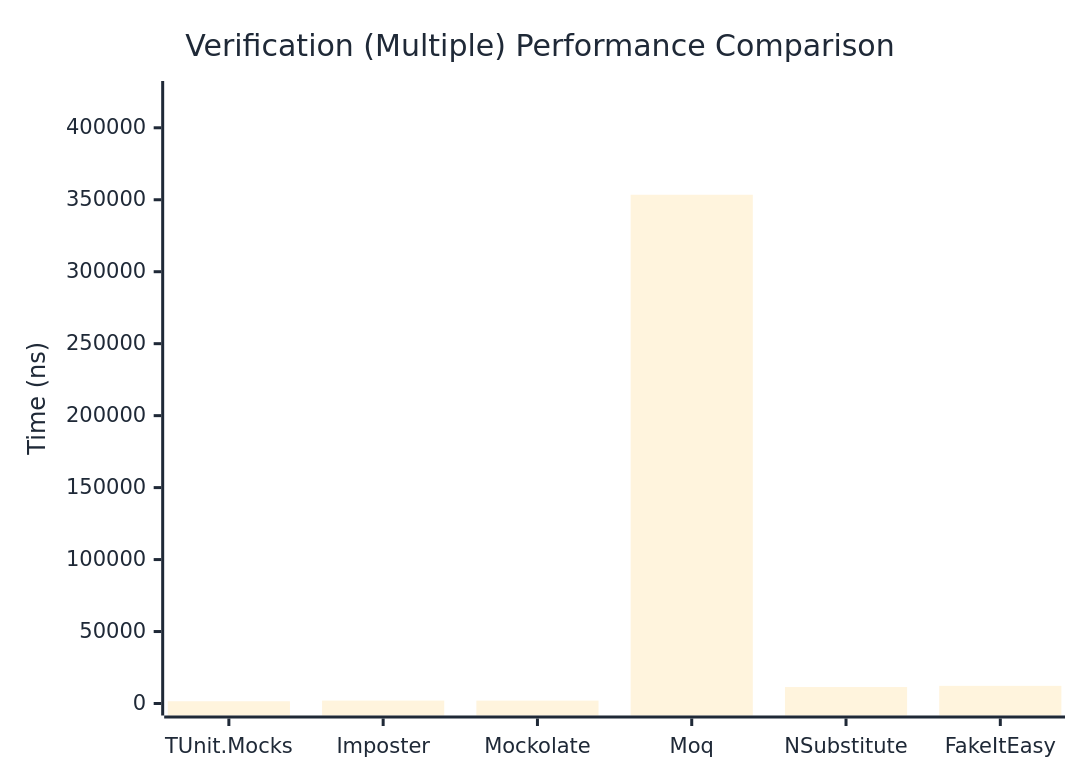
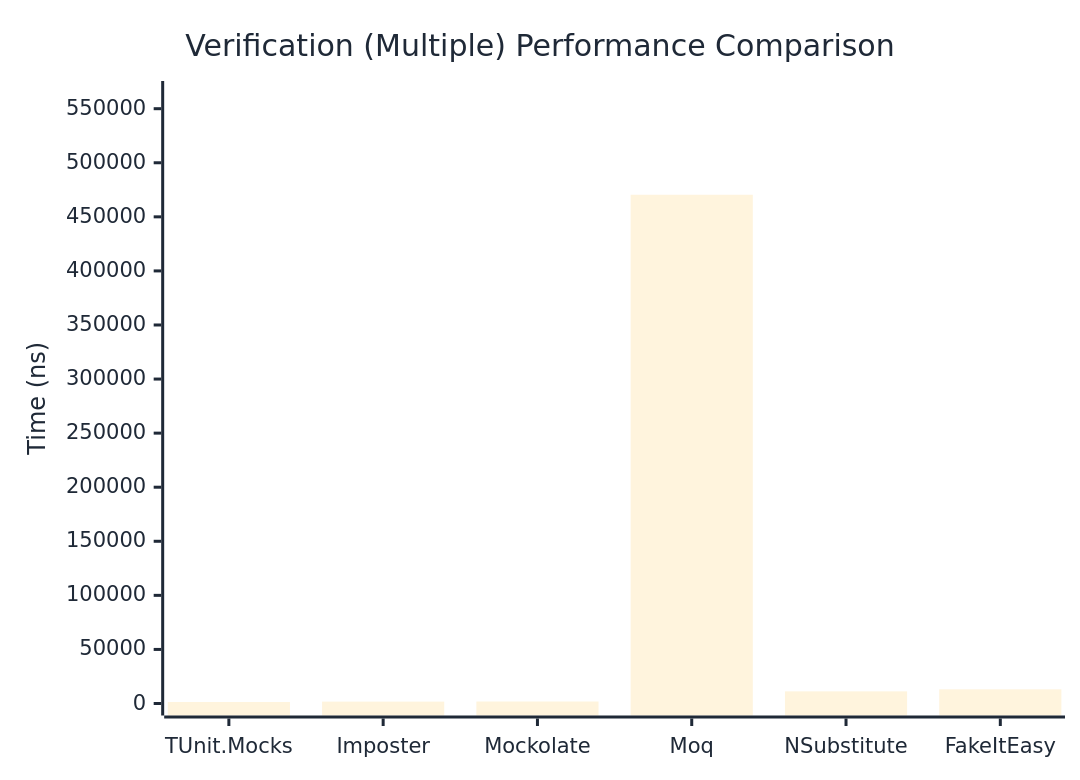
The third of 3 diagrams in docs/docs/benchmarks/mocks/Verification.md (thomhurst/TUnit), drawn with Mermaid before and after one commit. The commit also changed other lines of this file and 14 other files, not shown here.

````diff
--- a/docs/docs/benchmarks/mocks/Verification.md
+++ b/docs/docs/benchmarks/mocks/Verification.md
@@ -110,27 +110,27 @@
 ```mermaid
 %%{init: {
   'theme':'base',
   'themeVariables': {
     'primaryColor': '#2563eb',
     'primaryTextColor': '#1f2937',
     'primaryBorderColor': '#1e40af',
     'lineColor': '#6b7280',
     'secondaryColor': '#7c3aed',
     'tertiaryColor': '#dc2626',
     'background': '#ffffff',
     'pie1': '#2563eb',
     'pie2': '#7c3aed',
     'pie3': '#dc2626',
     'pie4': '#f59e0b',
     'pie5': '#10b981',
     'pie6': '#06b6d4',
     'pie7': '#ec4899',
     'pie8': '#6366f1'
   }
 }}%%
 xychart-beta
   title "Verification (Multiple) Performance Comparison"
   x-axis ["TUnit.Mocks", "Imposter", "Mockolate", "Moq", "NSubstitute", "FakeItEasy"]
-  y-axis "Time (ns)" 0 --> 424169
-  bar [1563.81, 2013.84, 2011.89, 353473.5, 11427.85, 12260.11]
+  y-axis "Time (ns)" 0 --> 564512
+  bar [1404.99, 1737.98, 1843.17, 470425.9, 11217.46, 13106.85]
 ```
````
